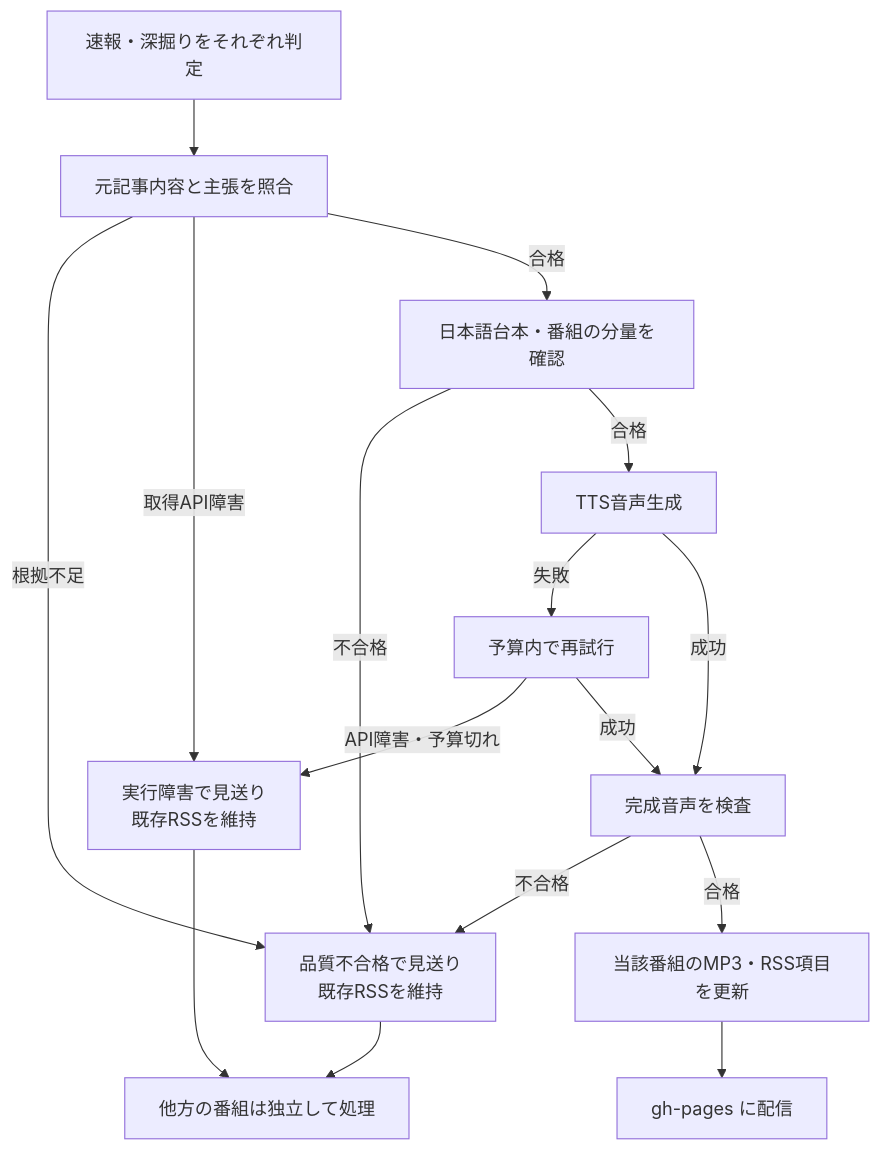
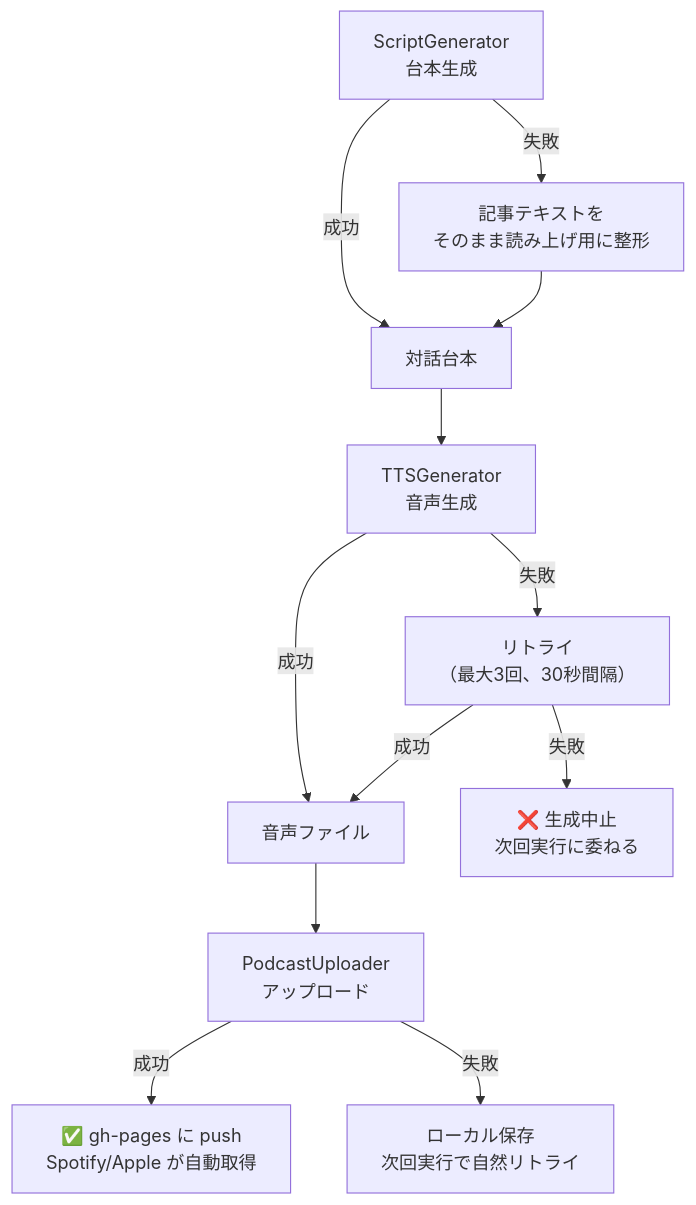
One commit to necoha/auto-podcast changed the fourth of 4 diagrams in docs/HLD.md. Above: the diagram before and after it, drawn with Mermaid. The commit also changed other lines of this file and 25 other files, not shown here.

Commit message:
Restore pre-URL Context flow with configurable Gemini models

````diff
--- a/docs/HLD.md
+++ b/docs/HLD.md
@@ -270,18 +211,16 @@
 ```mermaid
 flowchart TD
-    A["速報・深掘りをそれぞれ判定"] --> B["元記事内容と主張を照合"]
-    B -->|根拠不足| SKIP["品質不合格で見送り<br/>既存RSSを維持"]
-    B -->|取得API障害| FAIL["実行障害で見送り<br/>既存RSSを維持"]
-    B -->|合格| C["日本語台本・番組の分量を確認"]
-    C -->|不合格| SKIP
-    C -->|合格| D["TTS音声生成"]
-    D -->|失敗| RETRY["予算内で再試行"]
-    RETRY -->|API障害・予算切れ| FAIL
-    D -->|成功| E["完成音声を検査"]
-    RETRY -->|成功| E
-    E -->|不合格| SKIP
-    E -->|合格| F["当該番組のMP3・RSS項目を更新"]
-    F --> G["gh-pages に配信"]
-    SKIP --> H["他方の番組は独立して処理"]
-    FAIL --> H
+    A["ScriptGenerator<br/>台本生成"] -->|成功| B["対話台本"]
+    A -->|失敗| A2["記事テキストを<br/>そのまま読み上げ用に整形"]
+    A2 --> B
+
+    B --> C["TTSGenerator<br/>音声生成"]
+    C -->|成功| D["音声ファイル"]
+    C -->|失敗| C2["リトライ<br/>（最大3回、30秒間隔）"]
+    C2 -->|成功| D
+    C2 -->|失敗| C3["❌ 生成中止<br/>次回実行に委ねる"]
+
+    D --> E["PodcastUploader<br/>アップロード"]
+    E -->|成功| F["✅ gh-pages に push<br/>Spotify/Apple が自動取得"]
+    E -->|失敗| E2["ローカル保存<br/>次回実行で自然リトライ"]
 ```
````
